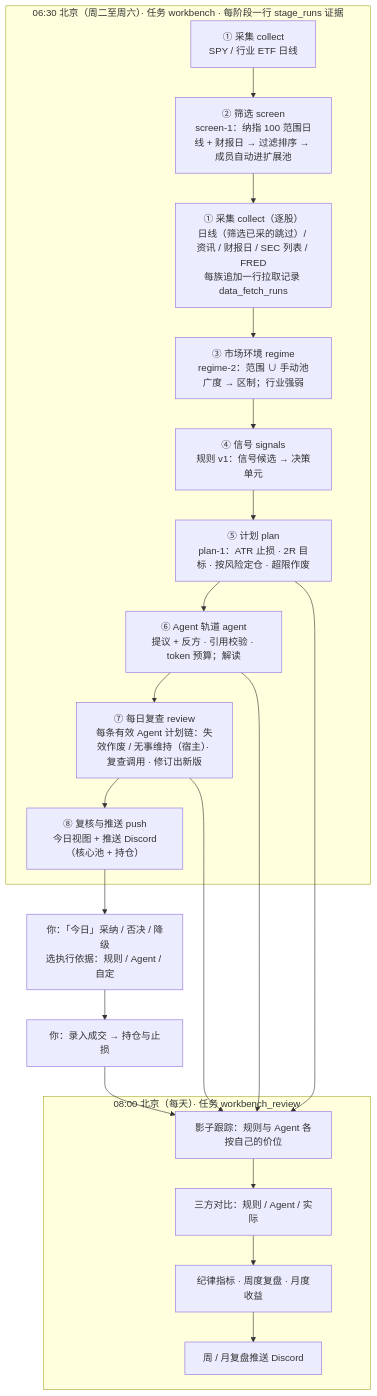
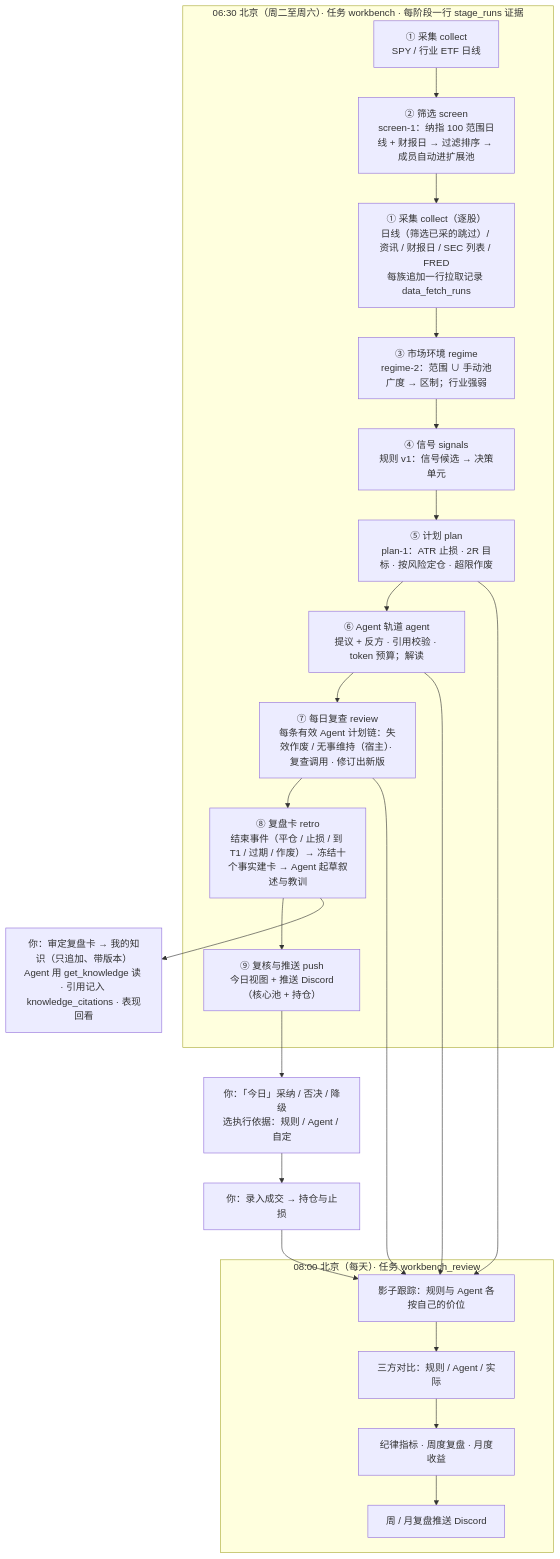
Before and after one commit to jianjustin/investment-assistant: the diagram in docs/architecture.md, drawn with Mermaid. The commit also changed other lines of this file and 51 other files, not shown here.

Commit message:
feat: retro stage (stages-3), review cards, my knowledge, plan discussions and the weekly learning section (review-7)

````diff
--- a/docs/architecture.md
+++ b/docs/architecture.md
@@ -103,24 +111,26 @@
 ```mermaid
 flowchart TD
     subgraph batch["06:30 北京（周二至周六）· 任务 workbench · 每阶段一行 stage_runs 证据"]
         A["① 采集 collect<br/>SPY / 行业 ETF 日线"] --> A2["② 筛选 screen<br/>screen-1：纳指 100 范围日线 + 财报日 → 过滤排序 → 成员自动进扩展池"]
         A2 --> B["① 采集 collect（逐股）<br/>日线（筛选已采的跳过）/ 资讯 / 财报日 / SEC 列表 / FRED<br/>每族追加一行拉取记录 data_fetch_runs"]
         B --> B2["③ 市场环境 regime<br/>regime-2：范围 ∪ 手动池广度 → 区制；行业强弱"]
         B2 --> C["④ 信号 signals<br/>规则 v1：信号候选 → 决策单元"]
         C --> D["⑤ 计划 plan<br/>plan-1：ATR 止损 · 2R 目标 · 按风险定仓 · 超限作废"]
         D --> E["⑥ Agent 轨道 agent<br/>提议 + 反方 · 引用校验 · token 预算；解读"]
         E --> R["⑦ 每日复查 review<br/>每条有效 Agent 计划链：失效作废 / 无事维持（宿主）· 复查调用 · 修订出新版"]
-        R --> F["⑧ 复核与推送 push<br/>今日视图 + 推送 Discord（核心池 + 持仓）"]
+        R --> RC["⑧ 复盘卡 retro<br/>结束事件（平仓 / 止损 / 到 T1 / 过期 / 作废）→ 冻结十个事实建卡 → Agent 起草叙述与教训"]
+        RC --> F["⑨ 复核与推送 push<br/>今日视图 + 推送 Discord（核心池 + 持仓）"]
     end
     F --> G["你：「今日」采纳 / 否决 / 降级<br/>选执行依据：规则 / Agent / 自定"]
     G --> H["你：录入成交 → 持仓与止损"]
+    RC --> V["你：审定复盘卡 → 我的知识（只追加、带版本）<br/>Agent 用 get_knowledge 读 · 引用记入 knowledge_citations · 表现回看"]
     subgraph review["08:00 北京（每天）· 任务 workbench_review"]
         I["影子跟踪：规则与 Agent 各按自己的价位"] --> J["三方对比：规则 / Agent / 实际"]
         J --> K["纪律指标 · 周度复盘 · 月度收益"]
         K --> L["周 / 月复盘推送 Discord"]
     end
     H --> I
     D --> I
     E --> I
     R --> I
 ```
````
